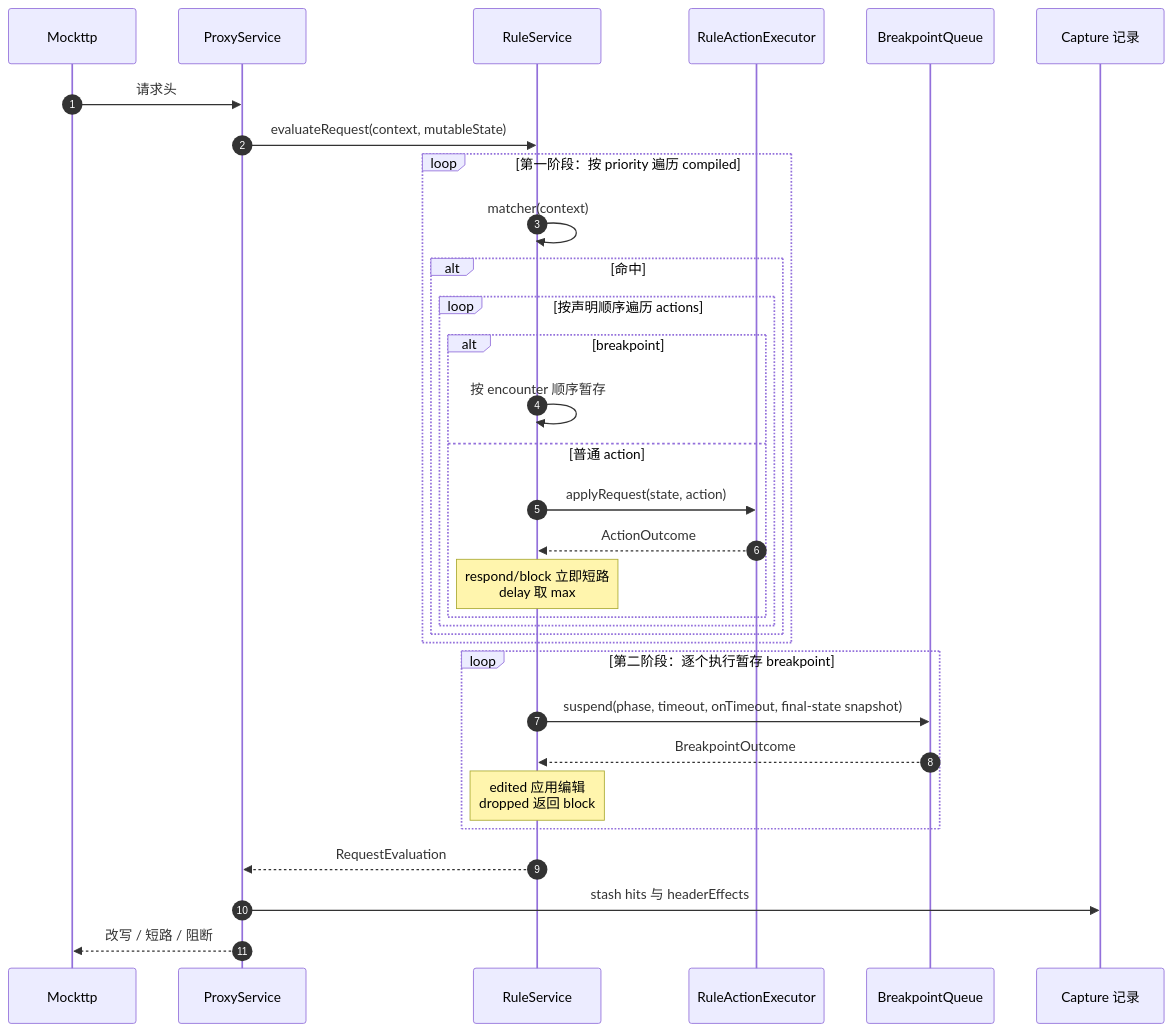
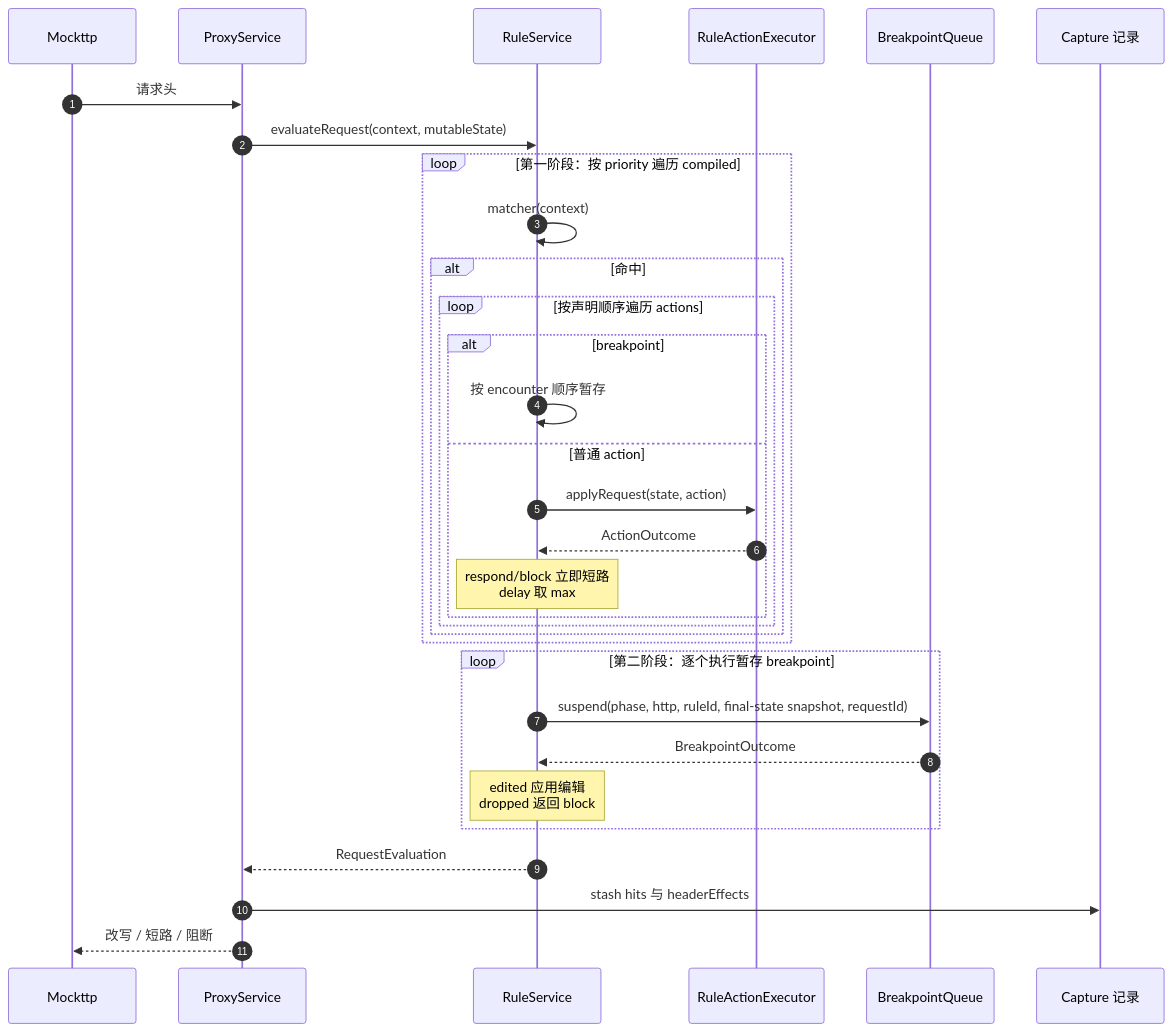
Before and after one commit to zhxmt-xm/Interceptor: the second of 7 diagrams in architecture/features/rules.md, drawn with Mermaid. The commit also changed other lines of this file and 181 other files, not shown here.

````diff
--- a/architecture/features/rules.md
+++ b/architecture/features/rules.md
@@ -253,38 +253,38 @@
 ```mermaid
 sequenceDiagram
     autonumber
     participant Mockttp
     participant Proxy as ProxyService
     participant Engine as RuleService
     participant Exec as RuleActionExecutor
     participant BP as BreakpointQueue
     participant Capture as Capture 记录
 
     Mockttp->>Proxy: 请求头
     Proxy->>Engine: evaluateRequest(context, mutableState)
 
     loop 第一阶段：按 priority 遍历 compiled
         Engine->>Engine: matcher(context)
         alt 命中
             loop 按声明顺序遍历 actions
                 alt breakpoint
                     Engine->>Engine: 按 encounter 顺序暂存
                 else 普通 action
                     Engine->>Exec: applyRequest(state, action)
                     Exec-->>Engine: ActionOutcome
                     Note over Engine: respond/block 立即短路<br/>delay 取 max
                 end
             end
         end
     end
 
     loop 第二阶段：逐个执行暂存 breakpoint
-        Engine->>BP: suspend(phase, timeout, onTimeout, final-state snapshot)
+        Engine->>BP: suspend(phase, http, ruleId, final-state snapshot, requestId)
         BP-->>Engine: BreakpointOutcome
         Note over Engine: edited 应用编辑<br/>dropped 返回 block
     end
 
     Engine-->>Proxy: RequestEvaluation
     Proxy->>Capture: stash hits 与 headerEffects
     Proxy-->>Mockttp: 改写 / 短路 / 阻断
 ```
````
